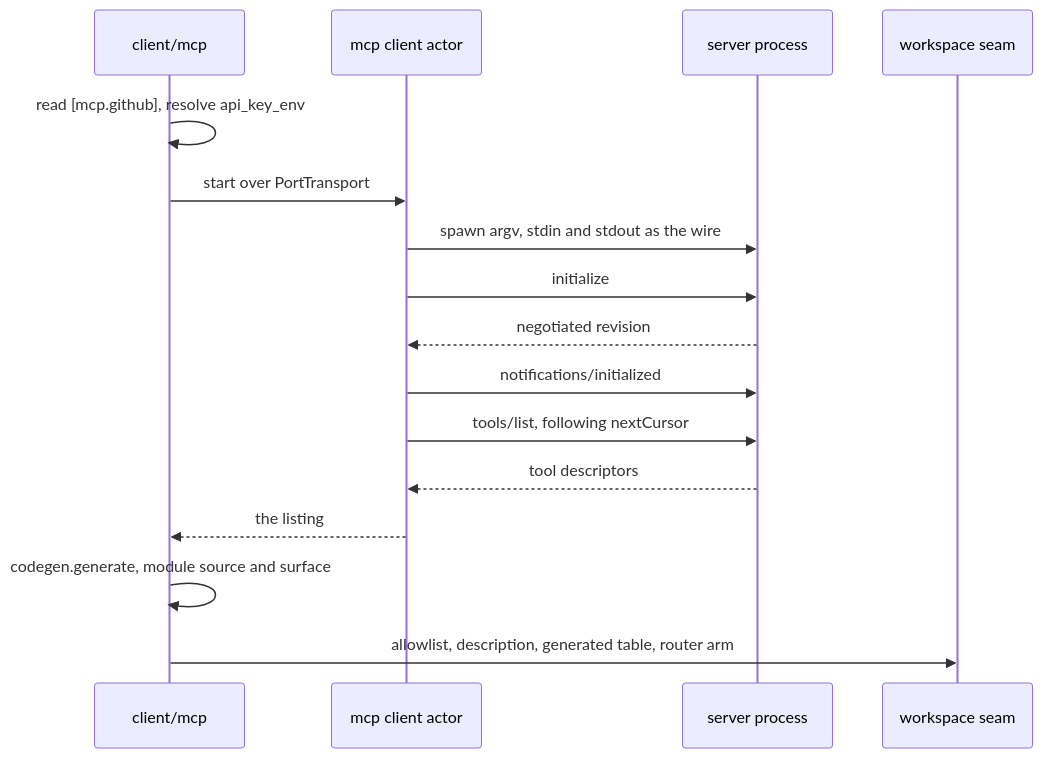
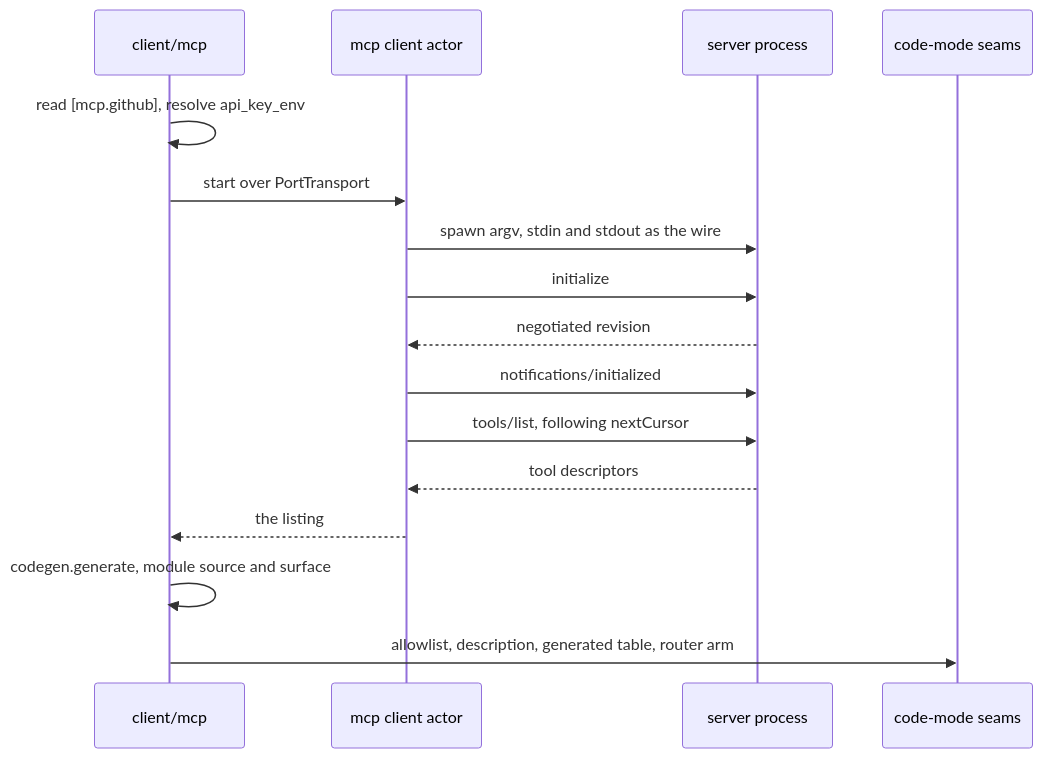
Before and after one commit to Roasbeef/loom: the first of 3 diagrams in docs/architecture/mcp.md, drawn with Mermaid. The commit also changed other lines of this file and 7 other files, not shown here.

````diff
--- a/docs/architecture/mcp.md
+++ b/docs/architecture/mcp.md
@@ -140,18 +143,18 @@
 ```mermaid
 sequenceDiagram
     participant C as client/mcp
     participant A as mcp client actor
     participant S as server process
-    participant W as workspace seam
+    participant W as code-mode seams
     C->>C: read [mcp.github], resolve api_key_env
     C->>A: start over PortTransport
     A->>S: spawn argv, stdin and stdout as the wire
     A->>S: initialize
     S-->>A: negotiated revision
     A->>S: notifications/initialized
     A->>S: tools/list, following nextCursor
     S-->>A: tool descriptors
     A-->>C: the listing
     C->>C: codegen.generate, module source and surface
     C->>W: allowlist, description, generated table, router arm
 ```
````
